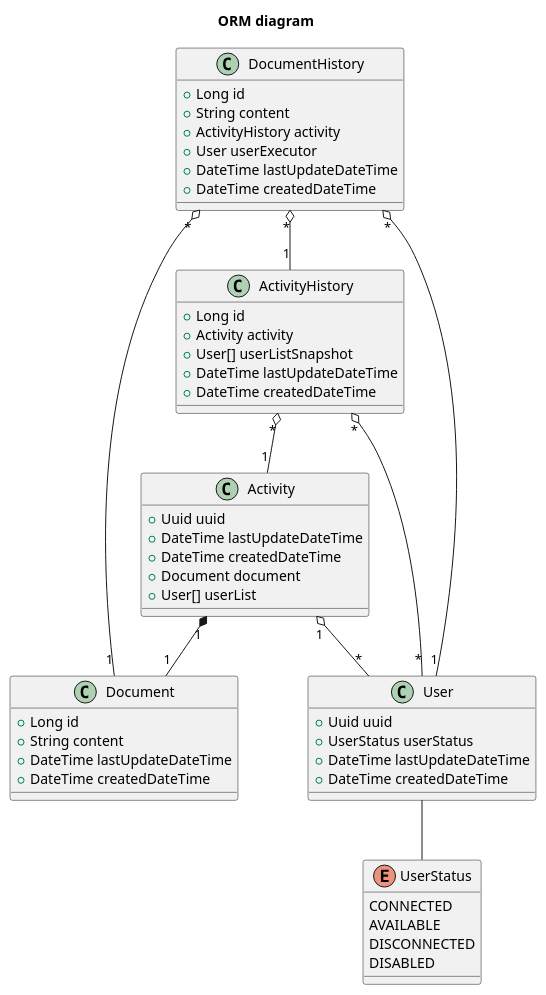
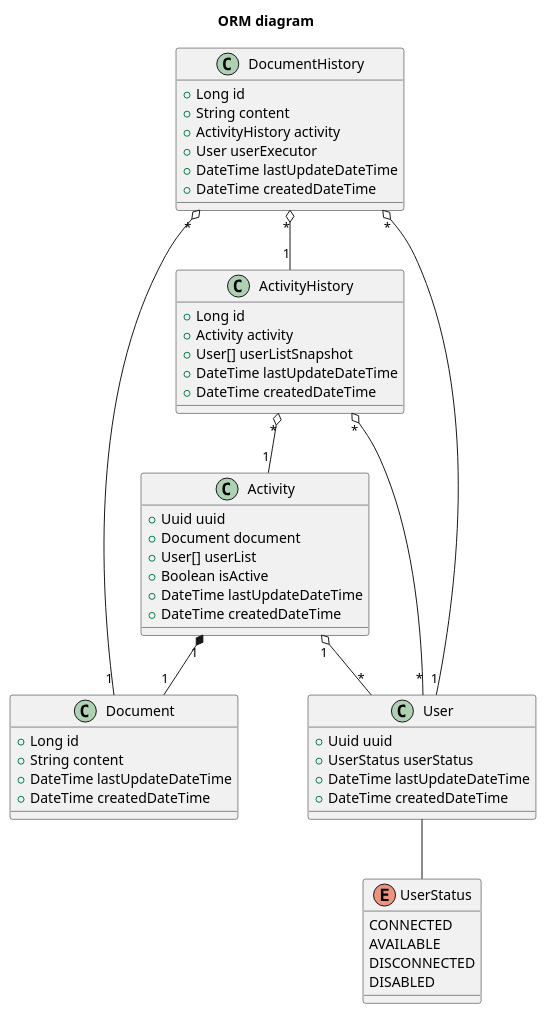
Before and after one commit to orion-services/Activity: the diagram in docs/diagrams/class/ORM.wsd, drawn with PlantUML.

Commit message:
#7 add status attribute to activity in ORM class diagram

```diff
--- a/docs/diagrams/class/ORM.wsd
+++ b/docs/diagrams/class/ORM.wsd
@@ -1,65 +1,66 @@
 @startuml ORM
   title "ORM diagram"
   ' ------ CLASS DECLARATION ------
   class Activity {
     +Uuid uuid
+    +Document document
+    +User[] userList
+    +Boolean isActive
     +DateTime lastUpdateDateTime
     +DateTime createdDateTime
-    +Document document
-    +User[] userList
   }
 
   class Document {
     +Long id
     +String content
     +DateTime lastUpdateDateTime
     +DateTime createdDateTime
   }
 
   class DocumentHistory {
     +Long id
     +String content
     +ActivityHistory activity
     +User userExecutor
     +DateTime lastUpdateDateTime
     +DateTime createdDateTime
   }
 
   class ActivityHistory {
     +Long id
     +Activity activity
     +User[] userListSnapshot
     +DateTime lastUpdateDateTime
     +DateTime createdDateTime
   }
 
   class User {
     +Uuid uuid
     +UserStatus userStatus
     +DateTime lastUpdateDateTime
     +DateTime createdDateTime
   }
 
   enum UserStatus {
     CONNECTED
     AVAILABLE
     DISCONNECTED
     DISABLED
   }
   ' ------ END CLASS DECLARATION ------
   ' -----------------------------------
   ' ------ RELATION DECLARATIONS ------
   User -- UserStatus
 
   Activity "1" o-- "*"User
   Activity "1" *-- "1" Document
 
   ActivityHistory "*" o-- "1" Activity
   ActivityHistory "*" o-- "*" User
 
   DocumentHistory "*" o-- "1" Document
   DocumentHistory "*" o-- "1" User
   DocumentHistory "*" o-- "1" ActivityHistory
 
   ' ------ END RELATION DECLARATIONS ------
 @enduml
```
